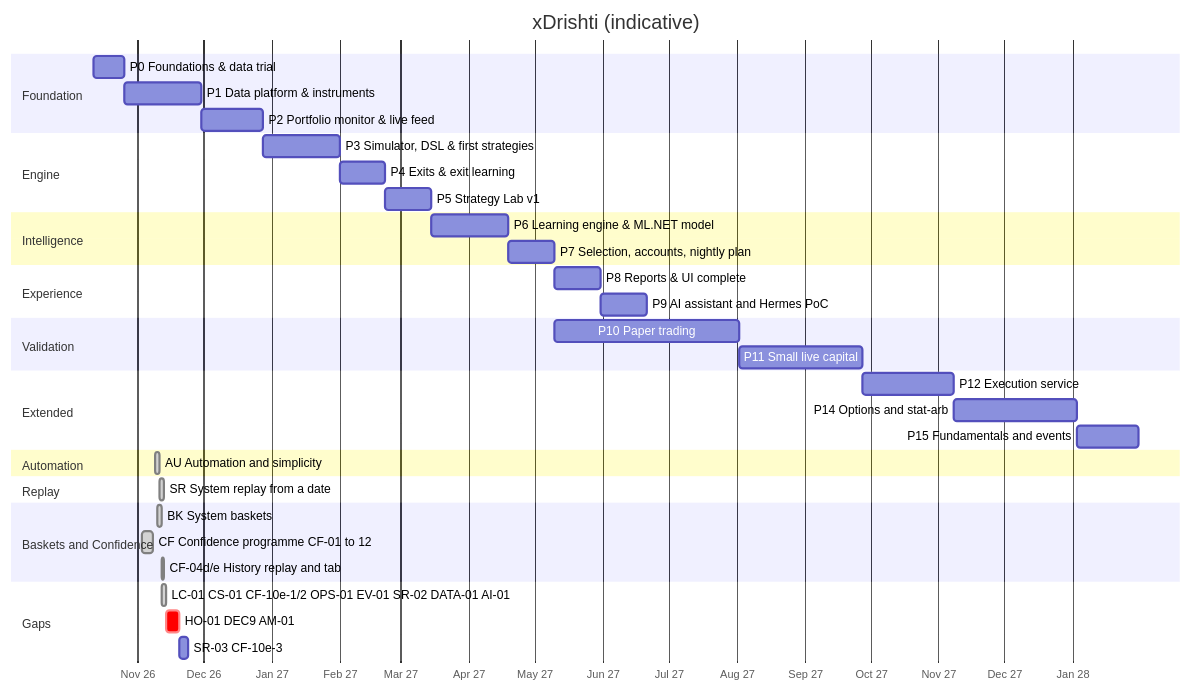
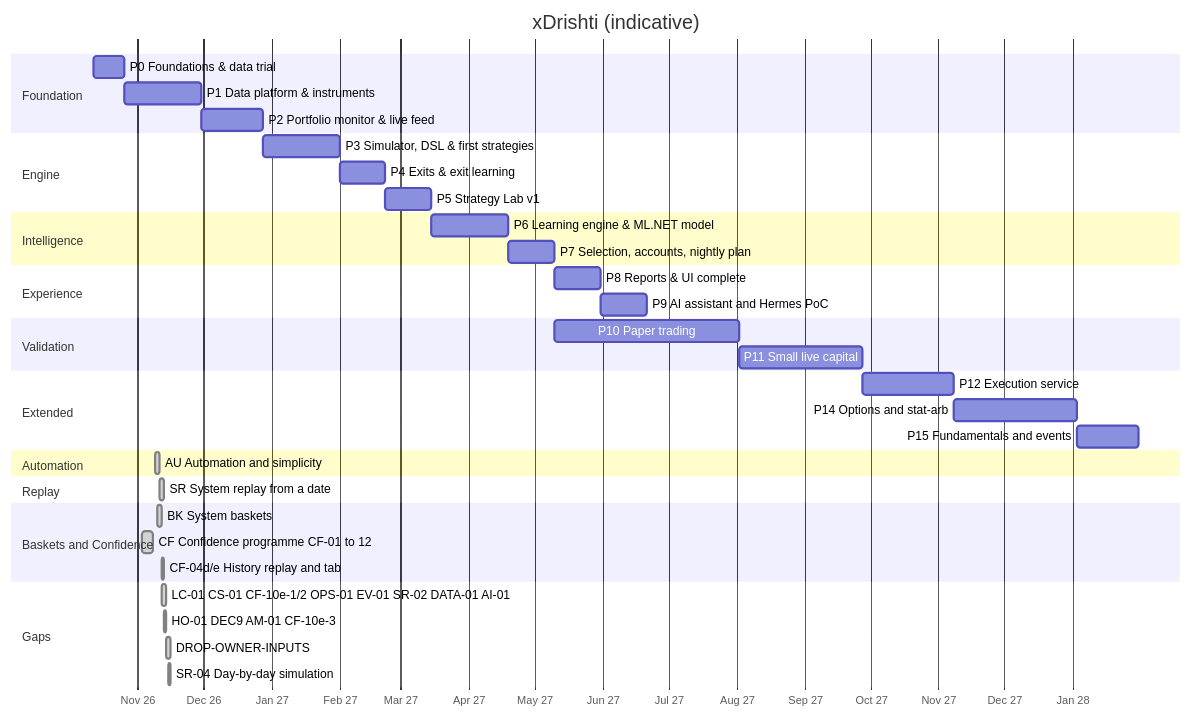
Before and after one commit to hemsingh81/xDrishti: the diagram in docs/design/18-roadmap.md, drawn with Mermaid. The commit also changed other lines of this file, not shown here.

Commit message:
Roadmap 2026-11-15: SR-04 built, DROP-OWNER-INPUTS built, gantt, open decision 11 (net-only gates), ISS-31 closed, where things stand

````diff
--- a/docs/design/18-roadmap.md
+++ b/docs/design/18-roadmap.md
@@ -6,39 +6,40 @@
 ```mermaid
 gantt
     dateFormat  YYYY-MM-DD
     axisFormat  %b %y
     title xDrishti (indicative)
     section Foundation
     P0 Foundations & data trial          :p0, 2026-10-12, 2w
     P1 Data platform & instruments       :p1, after p0, 5w
     P2 Portfolio monitor & live feed     :p2, after p1, 4w
     section Engine
     P3 Simulator, DSL & first strategies :p3, after p2, 5w
     P4 Exits & exit learning             :p4, after p3, 3w
     P5 Strategy Lab v1                   :p5, after p4, 3w
     section Intelligence
     P6 Learning engine & ML.NET model    :p6, after p5, 5w
     P7 Selection, accounts, nightly plan :p7, after p6, 3w
     section Experience
     P8 Reports & UI complete             :p8, after p7, 3w
     P9 AI assistant and Hermes PoC       :p9, after p8, 3w
     section Validation
     P10 Paper trading                    :p10, after p7, 12w
     P11 Small live capital               :p11, after p10, 8w
     section Extended
     P12 Execution service                :p12, after p11, 6w
     P14 Options and stat-arb             :p14, after p12, 8w
     P15 Fundamentals and events          :p15, after p14, 4w
     section Automation
     AU Automation and simplicity         :done, au, 2026-11-09, 2d
     section Replay
     SR System replay from a date         :done, sr, 2026-11-11, 2d
     section Baskets and Confidence
     BK System baskets                    :done, bk, 2026-11-10, 2d
     CF Confidence programme CF-01 to 12  :done, cf, 2026-11-03, 5d
     CF-04d/e History replay and tab      :done, cf04, 2026-11-12, 1d
     section Gaps
     LC-01 CS-01 CF-10e-1/2 OPS-01 EV-01 SR-02 DATA-01 AI-01 :done, gap0, 2026-11-12, 2d
-    HO-01 DEC9 AM-01                     :crit, gap1, 2026-11-14, 6d
-    SR-03 CF-10e-3                       :gap2, after gap1, 4d
+    HO-01 DEC9 AM-01 CF-10e-3            :done, gap1, 2026-11-13, 1d
+    DROP-OWNER-INPUTS                    :done, drop, 2026-11-14, 2d
+    SR-04 Day-by-day simulation          :done, sr04, 2026-11-15, 1d
 ```
````
